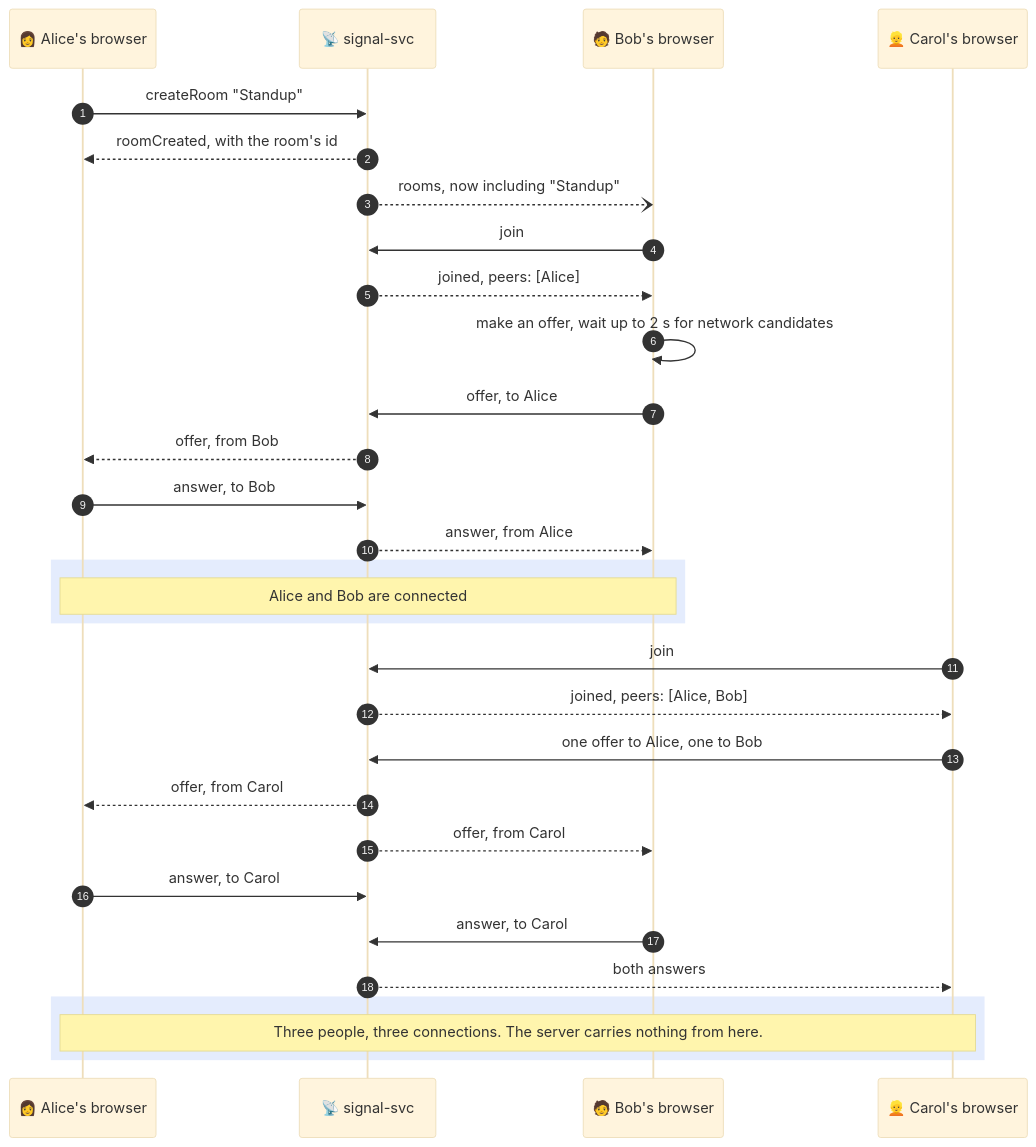
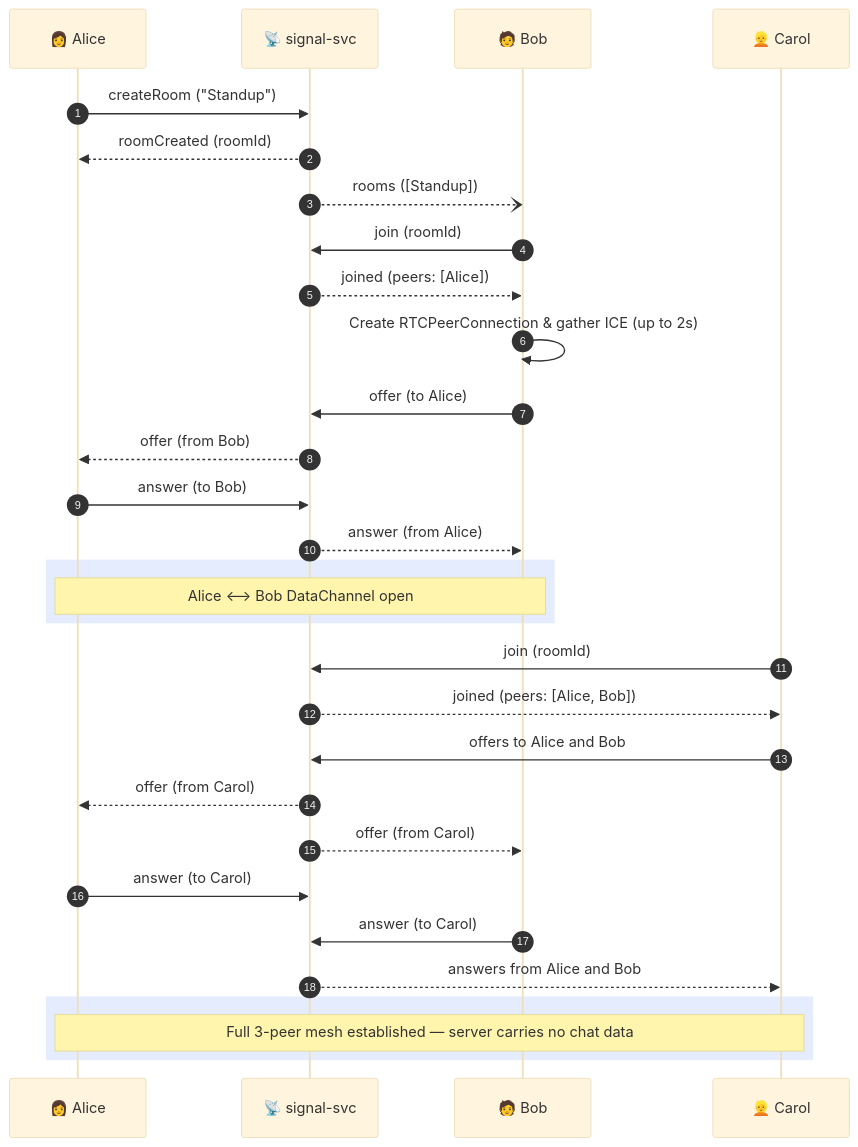
One commit to LitHaxor/webRTC-mesh-chat changed the fourth of 10 diagrams in README.md. Above: the diagram before and after it, drawn with Mermaid (base theme). The commit also changed other lines of this file, not shown here.

````diff
--- a/README.md
+++ b/README.md
@@ -336,33 +230,33 @@
 ```mermaid
 sequenceDiagram
   autonumber
-  participant A as 👩 Alice's browser
+  participant A as 👩 Alice
   participant S as 📡 signal-svc
-  participant B as 🧑 Bob's browser
-  participant C as 👱 Carol's browser
+  participant B as 🧑 Bob
+  participant C as 👱 Carol
 
-  A->>S: createRoom "Standup"
-  S-->>A: roomCreated, with the room's id
-  S--)B: rooms, now including "Standup"
-  B->>S: join
-  S-->>B: joined, peers: [Alice]
-  B->>B: make an offer, wait up to 2 s for network candidates
-  B->>S: offer, to Alice
-  S-->>A: offer, from Bob
-  A->>S: answer, to Bob
-  S-->>B: answer, from Alice
+  A->>S: createRoom ("Standup")
+  S-->>A: roomCreated (roomId)
+  S--)B: rooms ([Standup])
+  B->>S: join (roomId)
+  S-->>B: joined (peers: [Alice])
+  B->>B: Create RTCPeerConnection & gather ICE (up to 2s)
+  B->>S: offer (to Alice)
+  S-->>A: offer (from Bob)
+  A->>S: answer (to Bob)
+  S-->>B: answer (from Alice)
   rect rgba(37, 99, 235, 0.12)
-    Note over A,B: Alice and Bob are connected
+    Note over A,B: Alice <--> Bob DataChannel open
   end
-  C->>S: join
-  S-->>C: joined, peers: [Alice, Bob]
-  C->>S: one offer to Alice, one to Bob
-  S-->>A: offer, from Carol
-  S-->>B: offer, from Carol
-  A->>S: answer, to Carol
-  B->>S: answer, to Carol
-  S-->>C: both answers
+  C->>S: join (roomId)
+  S-->>C: joined (peers: [Alice, Bob])
+  C->>S: offers to Alice and Bob
+  S-->>A: offer (from Carol)
+  S-->>B: offer (from Carol)
+  A->>S: answer (to Carol)
+  B->>S: answer (to Carol)
+  S-->>C: answers from Alice and Bob
   rect rgba(37, 99, 235, 0.12)
-    Note over A,C: Three people, three connections. The server carries nothing from here.
+    Note over A,C: Full 3-peer mesh established — server carries no chat data
   end
 ```
````
